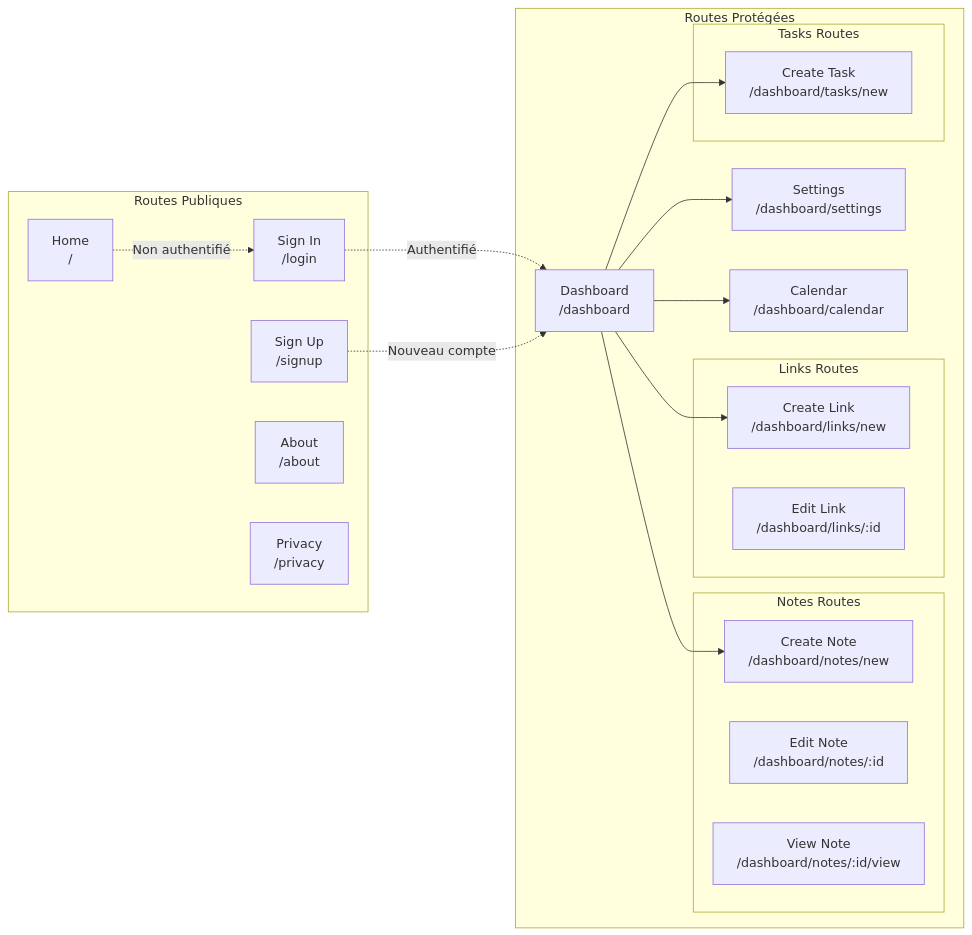
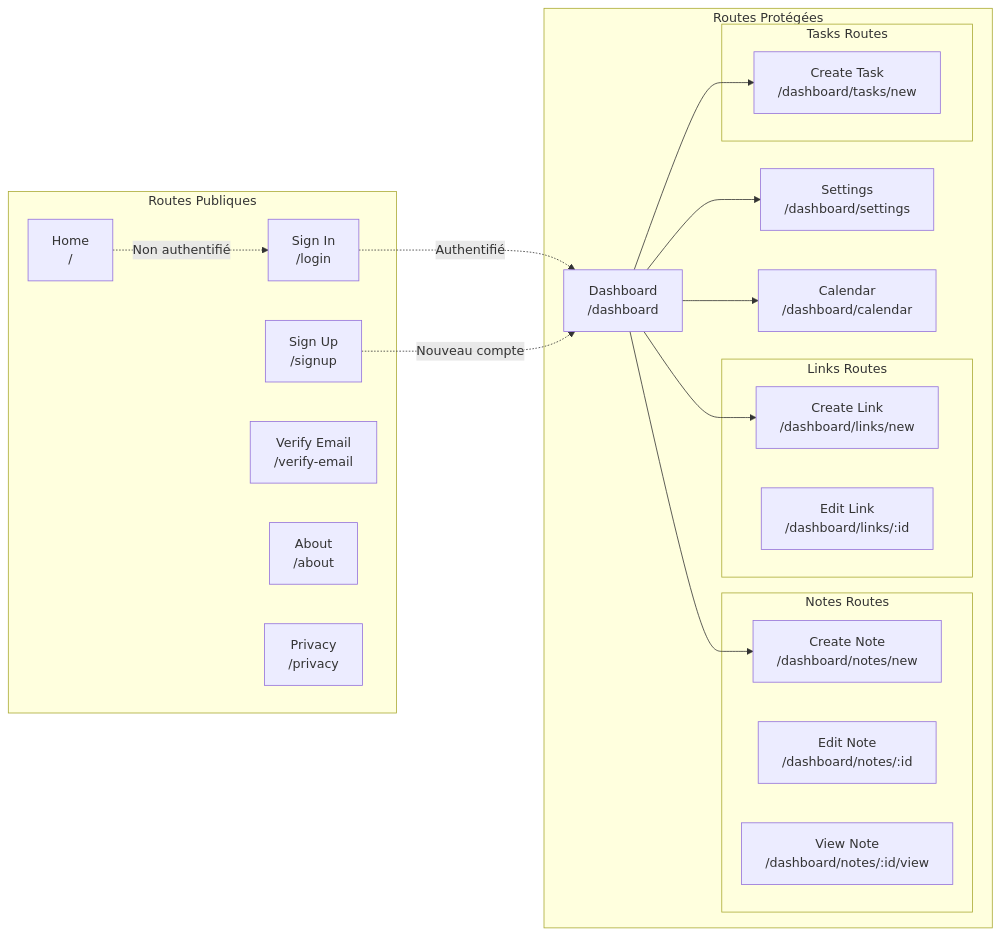
One commit to Landrytido/MWC-frontend changed the second of 8 diagrams in docs/uml/routes-diagram.md. Above: the diagram before and after it, drawn with Mermaid. The commit also changed other lines of this file and 2 other files, not shown here.

Commit message:
refactor: mettre à jour les diagrammes UML pour refléter les changements de types et de routes

````diff
--- a/docs/uml/routes-diagram.md
+++ b/docs/uml/routes-diagram.md
@@ -53,42 +55,43 @@
 ```mermaid
 graph LR
     subgraph "Routes Publiques"
         Home[Home<br/>/]
         LoginPage[Sign In<br/>/login]
         SignupPage[Sign Up<br/>/signup]
+        VerifyEmailPage[Verify Email<br/>/verify-email]
         AboutPage[About<br/>/about]
         PrivacyPage[Privacy<br/>/privacy]
     end
 
     subgraph "Routes Protégées"
         DashboardPage[Dashboard<br/>/dashboard]
         SettingsPage[Settings<br/>/dashboard/settings]
 
         subgraph "Notes Routes"
             NotesCreate[Create Note<br/>/dashboard/notes/new]
             NotesEdit2[Edit Note<br/>/dashboard/notes/:id]
             NotesView2[View Note<br/>/dashboard/notes/:id/view]
         end
 
         subgraph "Links Routes"
             LinksCreate[Create Link<br/>/dashboard/links/new]
             LinksEdit2[Edit Link<br/>/dashboard/links/:id]
         end
 
         subgraph "Tasks Routes"
             TasksCreate[Create Task<br/>/dashboard/tasks/new]
         end
 
         CalendarPage[Calendar<br/>/dashboard/calendar]
     end
 
     Home -.Non authentifié.-> LoginPage
     LoginPage -.Authentifié.-> DashboardPage
     SignupPage -.Nouveau compte.-> DashboardPage
 
     DashboardPage --> SettingsPage
     DashboardPage --> NotesCreate
     DashboardPage --> LinksCreate
     DashboardPage --> TasksCreate
     DashboardPage --> CalendarPage
 ```
````
